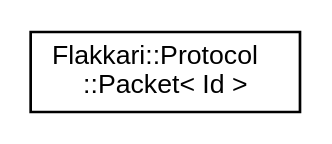
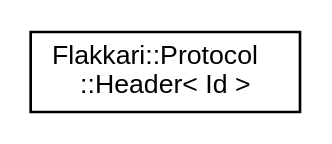
One commit to MasterLaplace/flakkari changed the diagram in inherit_graph_44.dot. Above: the diagram before and after it, drawn with Graphviz. The commit also changed 525 other files, not shown here.

```diff
--- a/inherit_graph_44.dot
+++ b/inherit_graph_44.dot
@@ -1,8 +1,8 @@
 digraph "Graphical Class Hierarchy"
 {
  // LATEX_PDF_SIZE
   edge [fontname="Helvetica",fontsize="10",labelfontname="Helvetica",labelfontsize="10"];
   node [fontname="Helvetica",fontsize="10",shape=record];
   rankdir="LR";
-  Node0 [label="Flakkari::Protocol\l::Packet\< Id \>",height=0.2,width=0.4,color="black", fillcolor="white", style="filled",URL="$de/d9d/structFlakkari_1_1Protocol_1_1V__0_1_1Packet.html",tooltip="Flakkari Packet v0 (new packet)"];
+  Node0 [label="Flakkari::Protocol\l::Header\< Id \>",height=0.2,width=0.4,color="black", fillcolor="white", style="filled",URL="$db/d4f/structFlakkari_1_1Protocol_1_1V__1_1_1Header.html",tooltip="Flakkari Header v1 (new header)"];
 }
```
